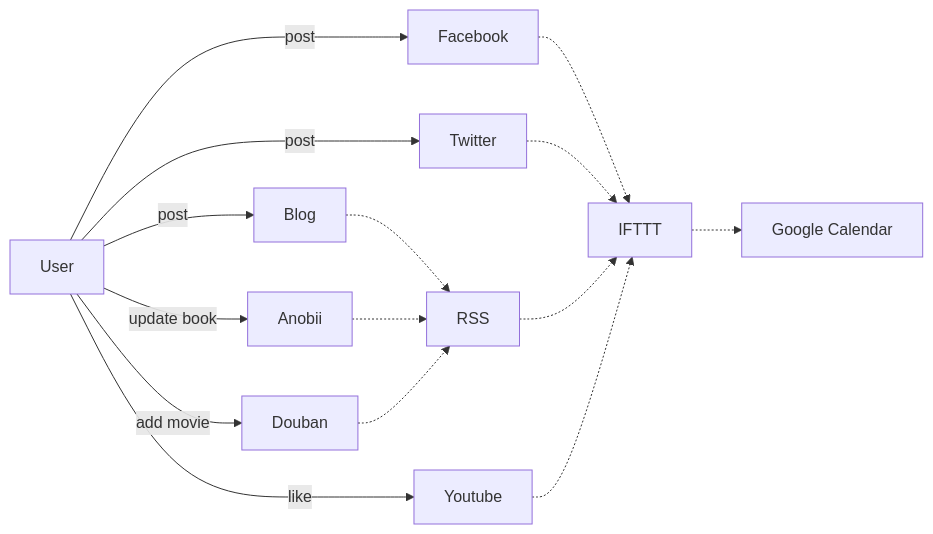
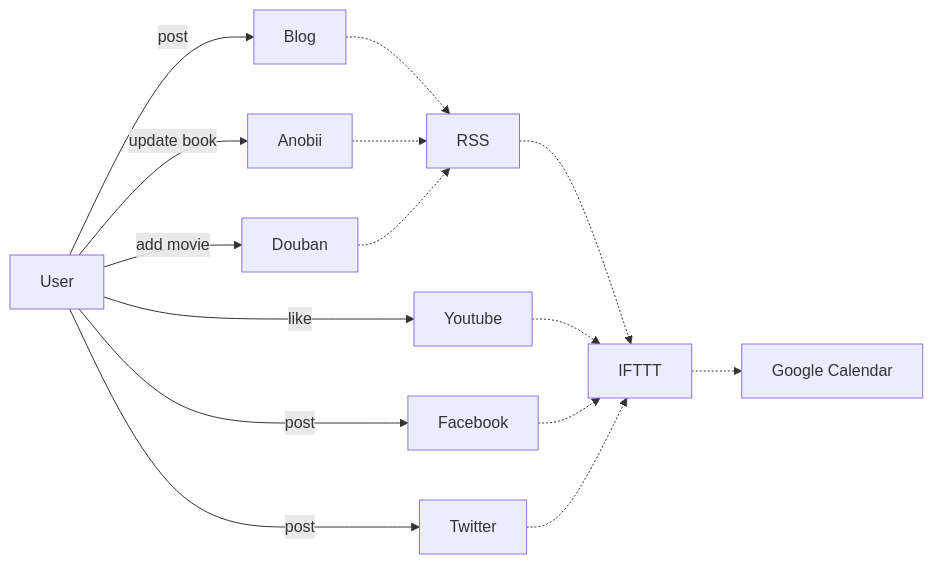
One commit to gasolin/blog changed the third of 7 diagrams in source/_posts/personal-automation-in-2017.md. Above: the diagram before and after it, drawn with Mermaid. The commit also changed other lines of this file, not shown here.

```diff
--- a/source/_posts/personal-automation-in-2017.md
+++ b/source/_posts/personal-automation-in-2017.md
@@ -69,17 +69,17 @@
 {% mermaid %}
 graph LR
 User -- update book --> Anobii
 User -- add movie --> Douban
+User -- post --> Blog
 User -- like --> Youtube
-User -- post --> Blog
 User -- post --> Facebook
 User -- post --> Twitter
 Blog -.-> RSS
 Anobii -.-> RSS
 Douban -.-> RSS
+RSS -.-> IFTTT
+Youtube -.-> IFTTT
 Facebook -.-> IFTTT
 Twitter -.-> IFTTT
-RSS -.-> IFTTT
-Youtube -.-> IFTTT
 IFTTT -.-> gcal[Google Calendar]
 {% endmermaid %}
```
